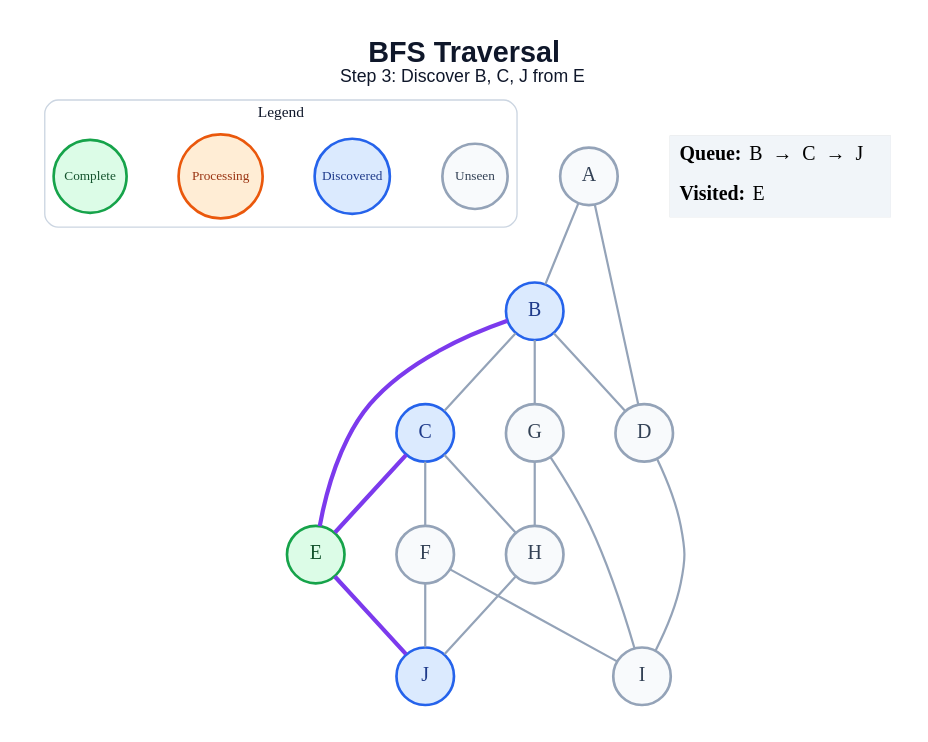
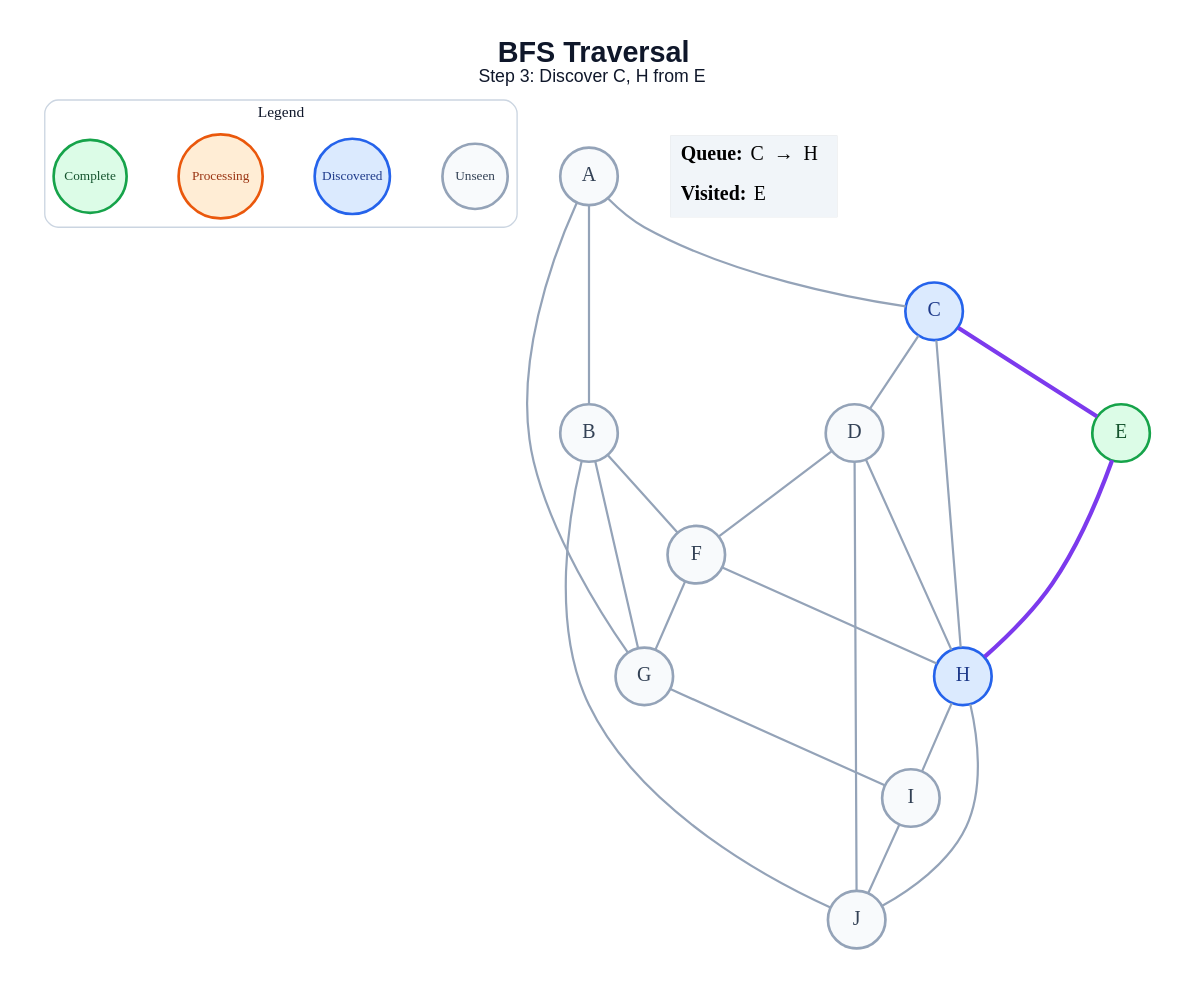
The diagram in generated/specific-node/bfs/step_03.dot (amanghodawala9/ai-slop), drawn with Graphviz before and after one commit. The commit also changed 178 other files, not shown here.

```diff
--- a/generated/specific-node/bfs/step_03.dot
+++ b/generated/specific-node/bfs/step_03.dot
@@ -1,45 +1,48 @@
 graph traversal {
   graph [layout=dot, rankdir=TB, bgcolor="#FFFFFF", pad="0.35", nodesep="0.65", ranksep="0.8", fontname="Arial"];
   node [shape=circle, style="filled", fontname="Arial Bold", fontsize=18, width=0.72, fixedsize=true, penwidth=2.4];
   edge [color="#94A3B8", penwidth=2.0];
-  label=<<B>BFS Traversal</B><BR/><FONT POINT-SIZE="16">Step 3: Discover B, C, J from E</FONT>>; labelloc="t"; fontsize=26; fontname="Arial"; fontcolor="#0F172A";
+  label=<<B>BFS Traversal</B><BR/><FONT POINT-SIZE="16">Step 3: Discover C, H from E</FONT>>; labelloc="t"; fontsize=26; fontname="Arial"; fontcolor="#0F172A";
   subgraph cluster_legend { label="Legend"; color="#CBD5E1"; penwidth=1.2; style="rounded"; fontsize=14; fontname="Arial Bold";
     key_unseen [label="Unseen", fillcolor="#F8FAFC", color="#94A3B8", fontcolor="#334155", fontsize=12, width=0.82];
     key_frontier [label="Discovered", fillcolor="#DBEAFE", color="#2563EB", fontcolor="#1E3A8A", fontsize=12, width=0.95];
     key_current [label="Processing", fillcolor="#FFEDD5", color="#EA580C", fontcolor="#9A3412", fontsize=12, width=1.05];
     key_done [label="Complete", fillcolor="#DCFCE7", color="#16A34A", fontcolor="#14532D", fontsize=12, width=0.92];
     { rank=same; key_unseen; key_frontier; key_current; key_done; }
   }
   A [fillcolor="#F8FAFC", color="#94A3B8", fontcolor="#334155"];
-  B [fillcolor="#DBEAFE", color="#2563EB", fontcolor="#1E3A8A"];
+  B [fillcolor="#F8FAFC", color="#94A3B8", fontcolor="#334155"];
   C [fillcolor="#DBEAFE", color="#2563EB", fontcolor="#1E3A8A"];
   D [fillcolor="#F8FAFC", color="#94A3B8", fontcolor="#334155"];
   E [fillcolor="#DCFCE7", color="#16A34A", fontcolor="#14532D"];
   F [fillcolor="#F8FAFC", color="#94A3B8", fontcolor="#334155"];
   G [fillcolor="#F8FAFC", color="#94A3B8", fontcolor="#334155"];
-  H [fillcolor="#F8FAFC", color="#94A3B8", fontcolor="#334155"];
+  H [fillcolor="#DBEAFE", color="#2563EB", fontcolor="#1E3A8A"];
   I [fillcolor="#F8FAFC", color="#94A3B8", fontcolor="#334155"];
-  J [fillcolor="#DBEAFE", color="#2563EB", fontcolor="#1E3A8A"];
+  J [fillcolor="#F8FAFC", color="#94A3B8", fontcolor="#334155"];
   A -- B;
-  A -- D;
-  B -- C;
-  B -- D;
-  B -- E [color="#7C3AED", penwidth=3.8];
+  A -- C;
+  A -- G;
+  B -- F;
   B -- G;
+  B -- J;
+  C -- D;
   C -- E [color="#7C3AED", penwidth=3.8];
-  C -- F;
   C -- H;
-  D -- I;
-  E -- J [color="#7C3AED", penwidth=3.8];
-  F -- I;
-  F -- J;
-  G -- H;
+  D -- F;
+  D -- H;
+  D -- J;
+  E -- H [color="#7C3AED", penwidth=3.8];
+  F -- G;
+  F -- H;
   G -- I;
+  H -- I;
   H -- J;
+  I -- J;
   status [shape=plain, fixedsize=false, width=0, height=0, margin=0, label=<
     <TABLE BORDER="0" CELLBORDER="0" CELLPADDING="7" BGCOLOR="#F1F5F9">
-      <TR><TD ALIGN="LEFT"><B>Queue:</B> B  →  C  →  J</TD></TR>
+      <TR><TD ALIGN="LEFT"><B>Queue:</B> C  →  H</TD></TR>
       <TR><TD ALIGN="LEFT"><B>Visited:</B> E</TD></TR>
     </TABLE>
   >];
 }
```
